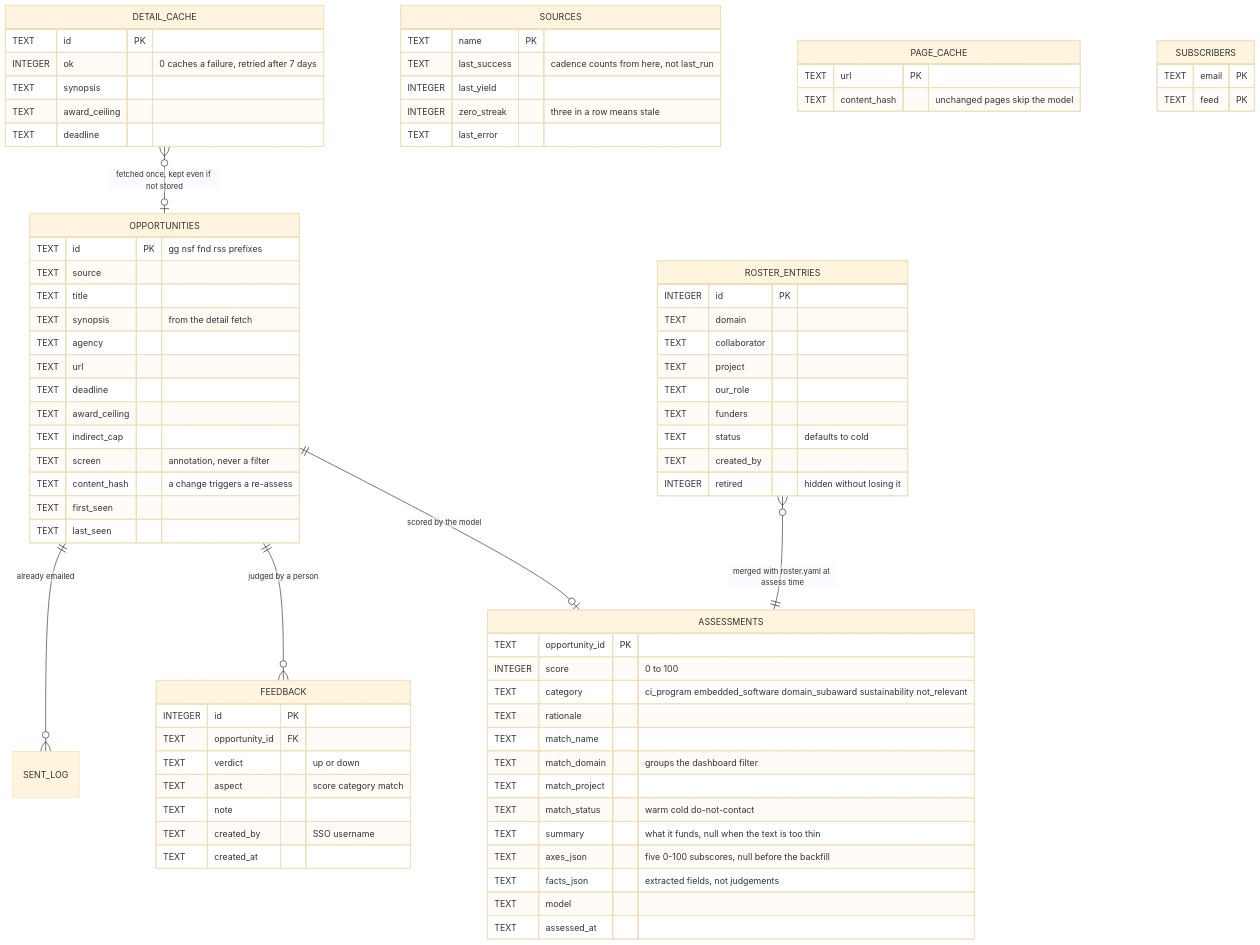
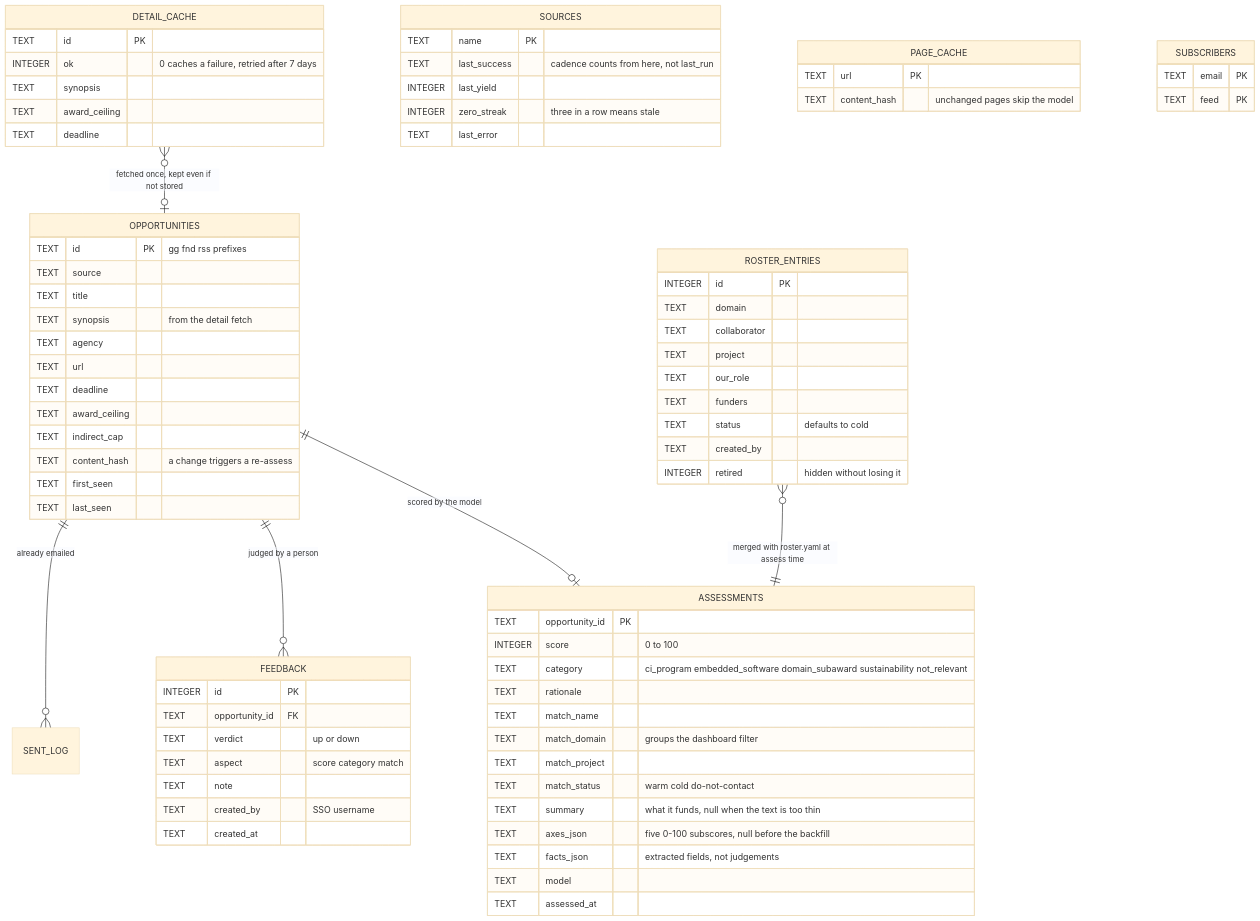
Before and after one commit to ncsa/grant-sift: the second of 3 diagrams in README.md, drawn with Mermaid (base theme). The commit also changed other lines of this file and 11 other files, not shown here.

````diff
--- a/README.md
+++ b/README.md
@@ -533,81 +524,80 @@
 ```mermaid
 erDiagram
     OPPORTUNITIES ||--o| ASSESSMENTS : "scored by the model"
     OPPORTUNITIES ||--o{ FEEDBACK : "judged by a person"
     OPPORTUNITIES ||--o{ SENT_LOG : "already emailed"
     DETAIL_CACHE }o--o| OPPORTUNITIES : "fetched once, kept even if not stored"
     ROSTER_ENTRIES }o--|| ASSESSMENTS : "merged with roster.yaml at assess time"
 
     OPPORTUNITIES {
-        TEXT id PK "gg nsf fnd rss prefixes"
+        TEXT id PK "gg fnd rss prefixes"
         TEXT source
         TEXT title
         TEXT synopsis "from the detail fetch"
         TEXT agency
         TEXT url
         TEXT deadline
         TEXT award_ceiling
         TEXT indirect_cap
-        TEXT screen "annotation, never a filter"
         TEXT content_hash "a change triggers a re-assess"
         TEXT first_seen
         TEXT last_seen
     }
     ASSESSMENTS {
         TEXT opportunity_id PK
         INTEGER score "0 to 100"
         TEXT category "ci_program embedded_software domain_subaward sustainability not_relevant"
         TEXT rationale
         TEXT match_name
         TEXT match_domain "groups the dashboard filter"
         TEXT match_project
         TEXT match_status "warm cold do-not-contact"
         TEXT summary "what it funds, null when the text is too thin"
         TEXT axes_json "five 0-100 subscores, null before the backfill"
         TEXT facts_json "extracted fields, not judgements"
         TEXT model
         TEXT assessed_at
     }
     FEEDBACK {
         INTEGER id PK
         TEXT opportunity_id FK
         TEXT verdict "up or down"
         TEXT aspect "score category match"
         TEXT note
         TEXT created_by "SSO username"
         TEXT created_at
     }
     ROSTER_ENTRIES {
         INTEGER id PK
         TEXT domain
         TEXT collaborator
         TEXT project
         TEXT our_role
         TEXT funders
         TEXT status "defaults to cold"
         TEXT created_by
         INTEGER retired "hidden without losing it"
     }
     DETAIL_CACHE {
         TEXT id PK
         INTEGER ok "0 caches a failure, retried after 7 days"
         TEXT synopsis
         TEXT award_ceiling
         TEXT deadline
     }
     SOURCES {
         TEXT name PK
         TEXT last_success "cadence counts from here, not last_run"
         INTEGER last_yield
         INTEGER zero_streak "three in a row means stale"
         TEXT last_error
     }
     PAGE_CACHE {
         TEXT url PK
         TEXT content_hash "unchanged pages skip the model"
     }
     SUBSCRIBERS {
         TEXT email PK
         TEXT feed PK
     }
 ```
````
